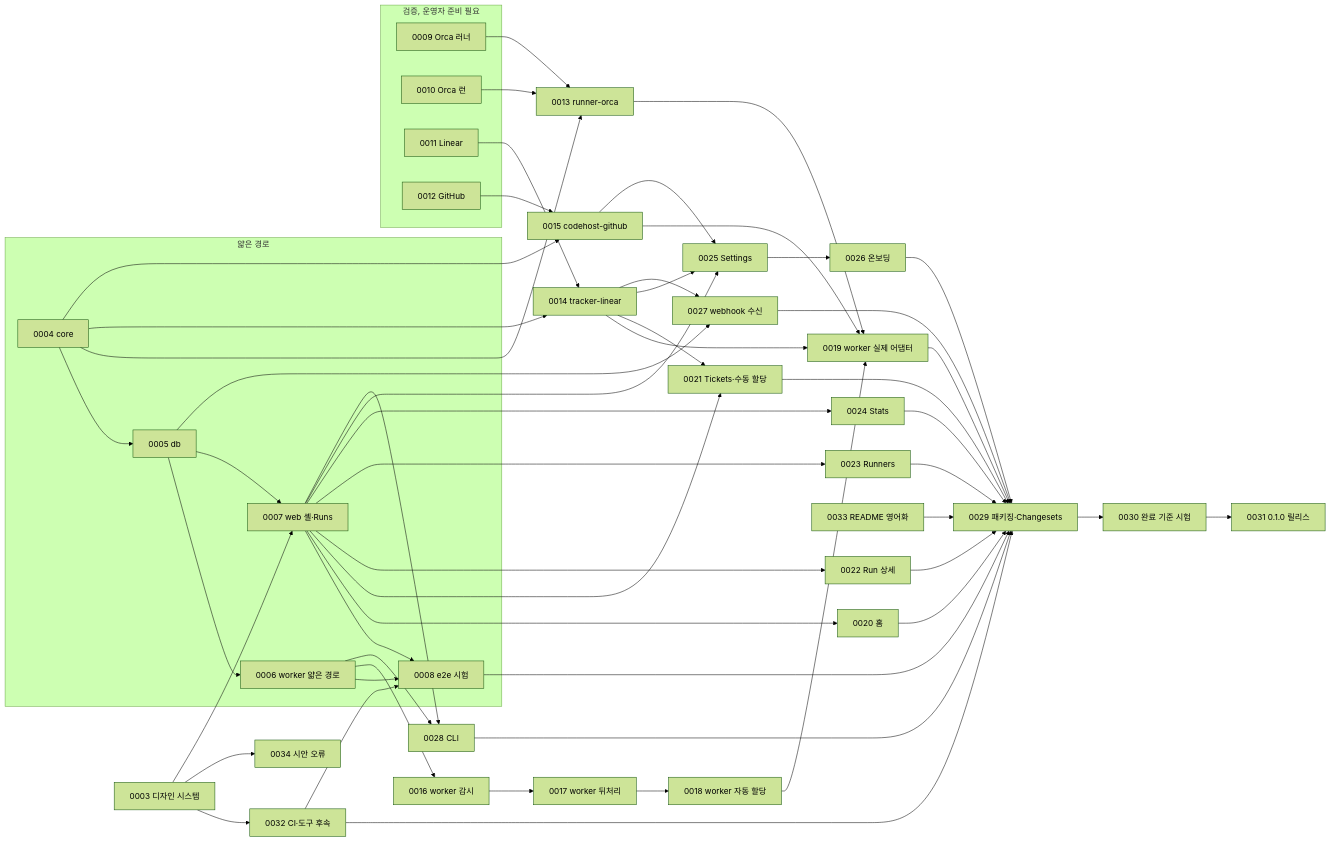
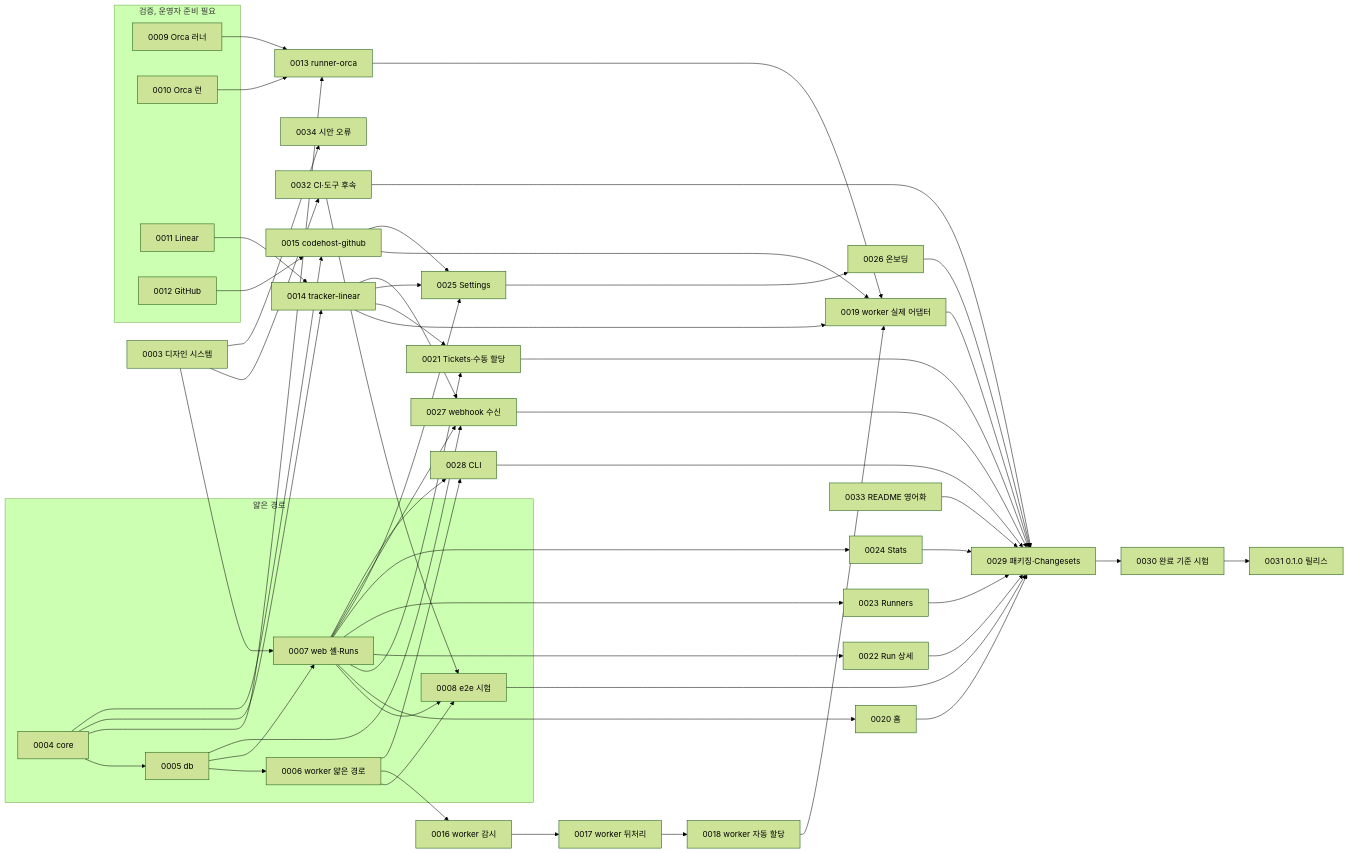
One commit to sht02048/factory-orchestrator changed the diagram in docs/tickets/README.md. Above: the diagram before and after it, drawn with Mermaid (forest theme). The commit also changed other lines of this file and 7 other files, not shown here.

````diff
--- a/docs/tickets/README.md
+++ b/docs/tickets/README.md
@@ -13,57 +13,58 @@
 ```mermaid
 graph LR
   T0003[0003 디자인 시스템]
 
   subgraph thin[얇은 경로]
     T0004[0004 core] --> T0005[0005 db]
     T0005 --> T0006[0006 worker 얇은 경로]
     T0005 --> T0007[0007 web 셸·Runs]
     T0006 --> T0008[0008 e2e 시험]
     T0007 --> T0008
   end
   T0003 --> T0007
 
   subgraph verify[검증, 운영자 준비 필요]
     T0009[0009 Orca 러너]
     T0010[0010 Orca 런]
     T0011[0011 Linear]
     T0012[0012 GitHub]
   end
 
   T0004 --> T0013[0013 runner-orca]
   T0009 --> T0013
   T0010 --> T0013
   T0004 --> T0014[0014 tracker-linear]
   T0011 --> T0014
   T0004 --> T0015[0015 codehost-github]
   T0012 --> T0015
 
   T0006 --> T0016[0016 worker 감시] --> T0017[0017 worker 뒤처리] --> T0018[0018 worker 자동 할당] --> T0019[0019 worker 실제 어댑터]
   T0013 --> T0019
   T0014 --> T0019
   T0015 --> T0019
 
   T0007 --> T0020[0020 홈]
   T0007 --> T0021[0021 Tickets·수동 할당]
   T0014 --> T0021
   T0007 --> T0022[0022 Run 상세]
   T0007 --> T0023[0023 Runners]
   T0007 --> T0024[0024 Stats]
   T0007 --> T0025[0025 Settings]
   T0014 --> T0025
   T0015 --> T0025
   T0025 --> T0026[0026 온보딩]
   T0005 --> T0027[0027 webhook 수신]
+  T0007 --> T0027
   T0014 --> T0027
 
   T0006 --> T0028[0028 CLI]
   T0007 --> T0028
 
   T0003 --> T0032[0032 CI·도구 후속]
   T0032 --> T0008
   T0003 --> T0034[0034 시안 오류]
   T0033[0033 README 영어화]
 
   T0008 & T0019 & T0020 & T0021 & T0022 & T0023 & T0024 & T0026 & T0027 & T0028 & T0032 & T0033 --> T0029[0029 패키징·Changesets]
   T0029 --> T0030[0030 완료 기준 시험] --> T0031[0031 0.1.0 릴리스]
 ```
````
